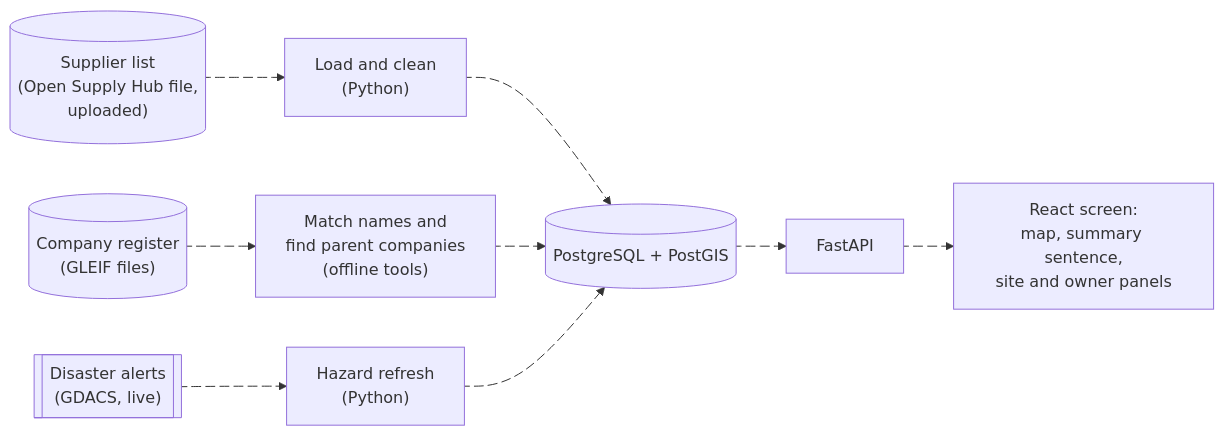
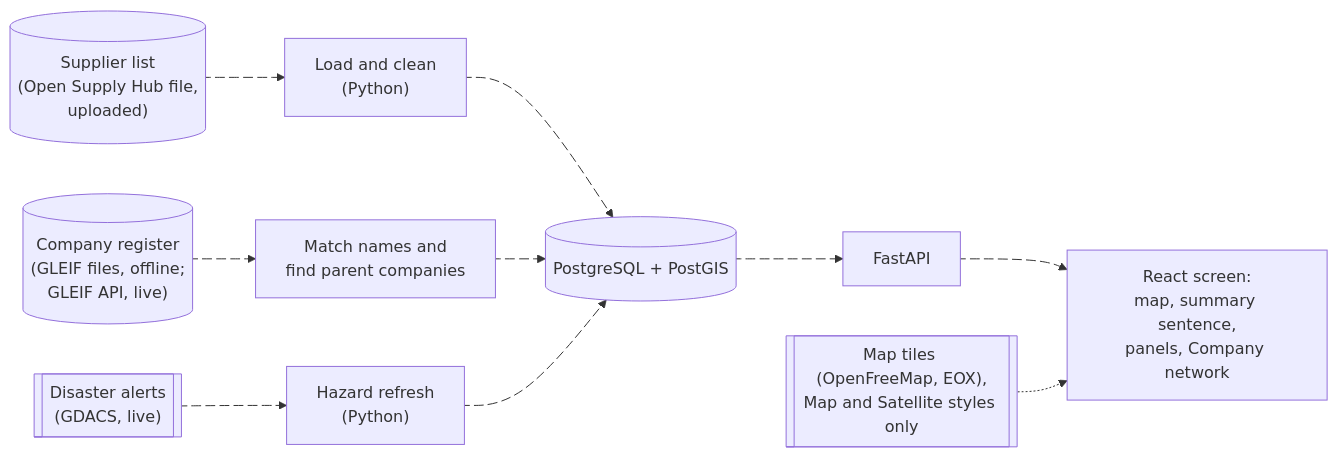
The first of 4 diagrams in docs/architecture/ARCHITECTURE.md (abhifourkites/geo-risk.ai), drawn with Mermaid before and after one commit. The commit also changed other lines of this file and 5 other files, not shown here.

````diff
--- a/docs/architecture/ARCHITECTURE.md
+++ b/docs/architecture/ARCHITECTURE.md
@@ -24,19 +9,20 @@
 ```mermaid
 flowchart LR
   osh[("Supplier list<br/>(Open Supply Hub file,<br/>uploaded)")] e1@--> load["Load and clean<br/>(Python)"]
-  gleif[("Company register<br/>(GLEIF files)")] e2@--> match["Match names and<br/>find parent companies<br/>(offline tools)"]
+  gleif[("Company register<br/>(GLEIF files, offline;<br/>GLEIF API, live)")] e2@--> match["Match names and<br/>find parent companies"]
   gdacs[["Disaster alerts<br/>(GDACS, live)"]] e3@--> refresh["Hazard refresh<br/>(Python)"]
   load e4@--> db[("PostgreSQL + PostGIS")]
   match e5@--> db
   refresh e6@--> db
   db e7@--> api["FastAPI"]
-  api e8@--> ui["React screen:<br/>map, summary sentence,<br/>site and owner panels"]
+  api e8@--> ui["React screen:<br/>map, summary sentence,<br/>panels, Company network"]
+  tiles[["Map tiles (OpenFreeMap, EOX),<br/>Map and Satellite styles only"]] -.-> ui
   e1@{ animate: true }
   e2@{ animate: true }
   e3@{ animate: true }
   e4@{ animate: true }
   e5@{ animate: true }
   e6@{ animate: true }
   e7@{ animate: true }
   e8@{ animate: true }
 ```
````
